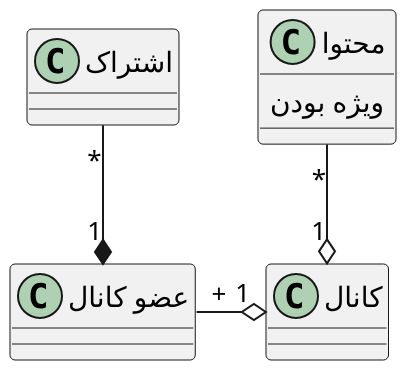
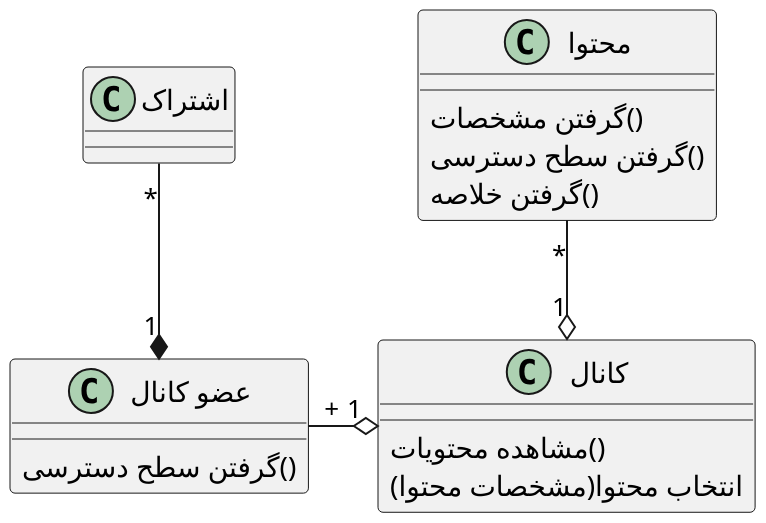
The diagram in Diagrams/Class/seeContent.puml (soleyman79/Qasedak), drawn with PlantUML before and after one commit. The commit also changed 2 other files, not shown here.

```diff
--- a/Diagrams/Class/seeContent.puml
+++ b/Diagrams/Class/seeContent.puml
@@ -1,24 +1,29 @@
 @startuml see_content
 
 scale 2
 skinparam DefaultFontName B Nazanin
 
 
 class "محتوا" as content {
-    ویژه بودن
+    گرفتن مشخصات()
+    گرفتن سطح دسترسی()
+    گرفتن خلاصه()
 }
 
 class "کانال" as chanel {
+    مشاهده محتویات()
+    انتخاب محتوا(مشخصات محتوا)
 }
 
 class "عضو کانال" as member {
+    گرفتن سطح دسترسی()
 }
 
 class "اشتراک" as subscription{
 }
 
 content "*" --o "1" chanel
 chanel "1" o-left- "+" member
 subscription "*" --* "1" member
 
 @enduml
```
